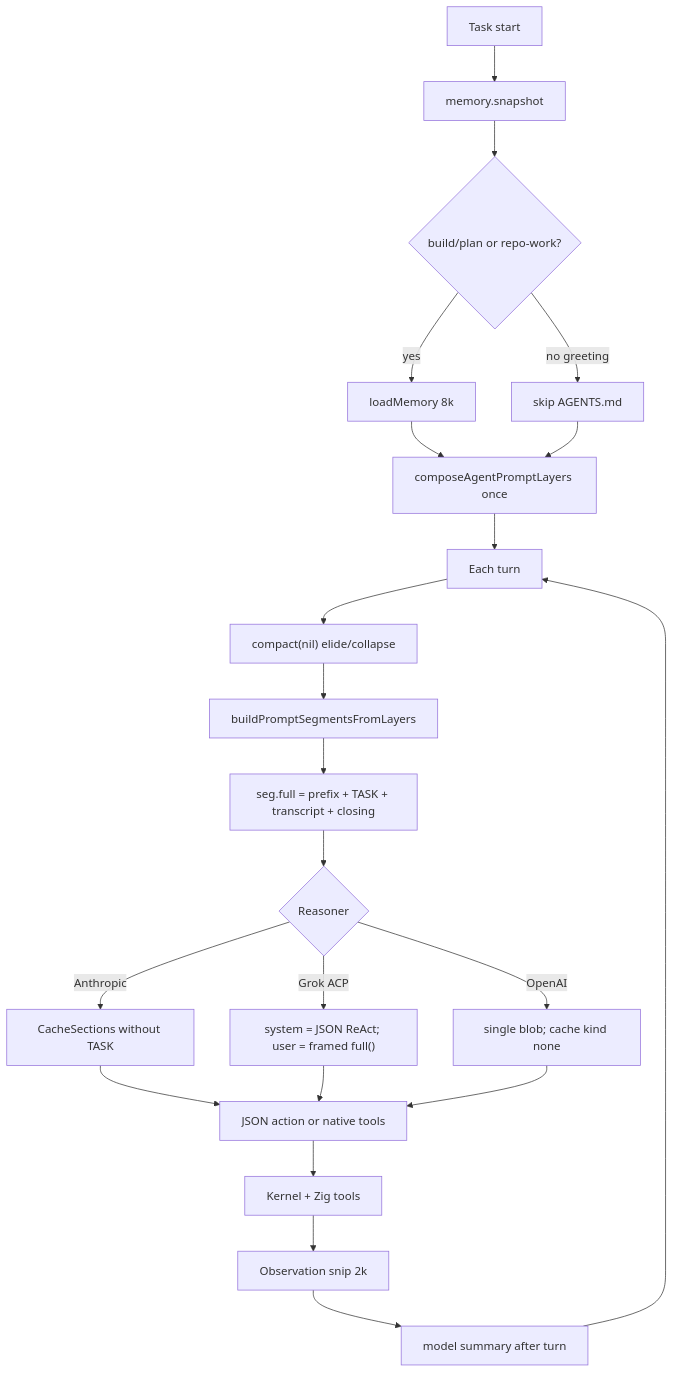
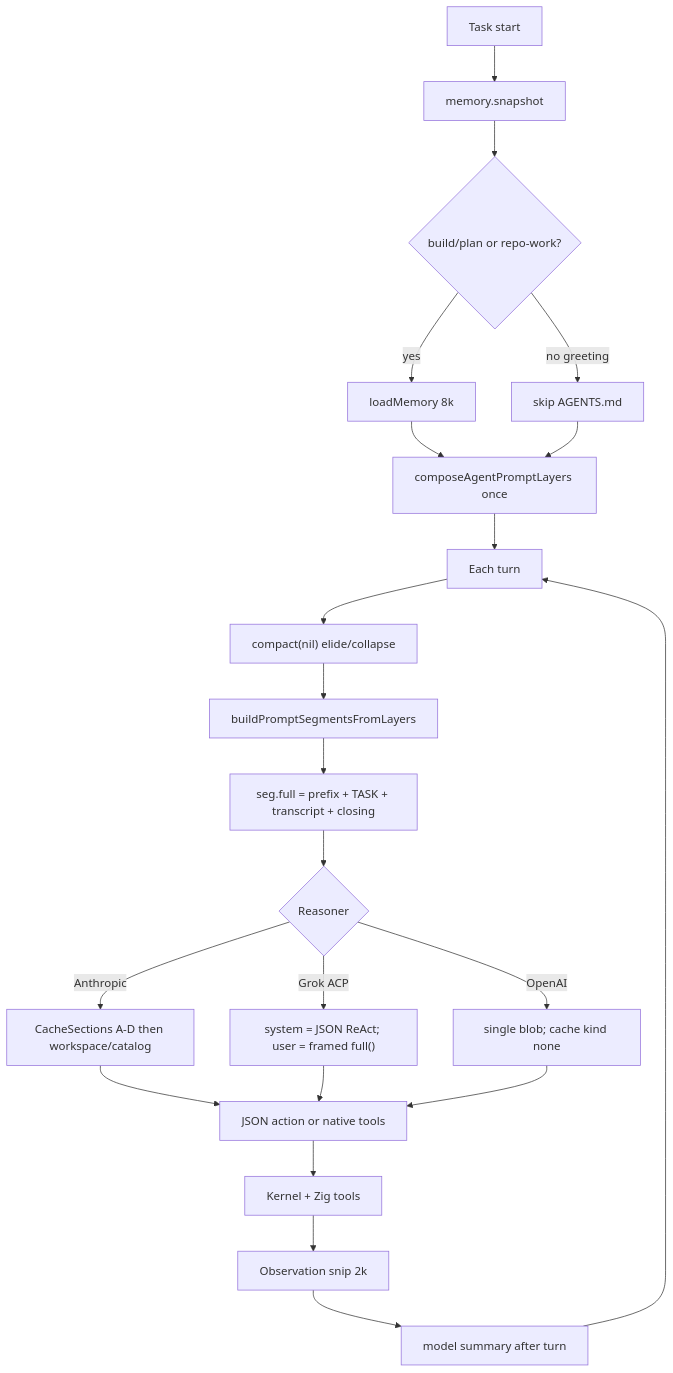
Before and after one commit to Nebutra/carina: the diagram in docs/CONTEXT_ENGINEERING.md, drawn with Mermaid. The commit also changed other lines of this file and 47 other files, not shown here.

````diff
--- a/docs/CONTEXT_ENGINEERING.md
+++ b/docs/CONTEXT_ENGINEERING.md
@@ -87,24 +87,24 @@
 ```mermaid
 flowchart TD
   start[Task start] --> snap[memory.snapshot]
   snap --> rules{build/plan or repo-work?}
   rules -->|yes| loadF[loadMemory 8k]
   rules -->|no greeting| skipF[skip AGENTS.md]
   loadF --> layers
   skipF --> layers[composeAgentPromptLayers once]
   layers --> loop[Each turn]
   loop --> cheap["compact(nil) elide/collapse"]
   cheap --> build[buildPromptSegmentsFromLayers]
   build --> full["seg.full = prefix + TASK + transcript + closing"]
   full --> route{Reasoner}
-  route -->|Anthropic| cache[CacheSections without TASK]
+  route -->|Anthropic| cache[CacheSections A-D then workspace/catalog]
   route -->|Grok ACP| stuff["system = JSON ReAct; user = framed full()"]
   route -->|OpenAI| blob["single blob; cache kind none"]
   cache --> act[JSON action or native tools]
   stuff --> act
   blob --> act
   act --> exec[Kernel + Zig tools]
   exec --> obs[Observation snip 2k]
   obs --> after[model summary after turn]
   after --> loop
 ```
````
